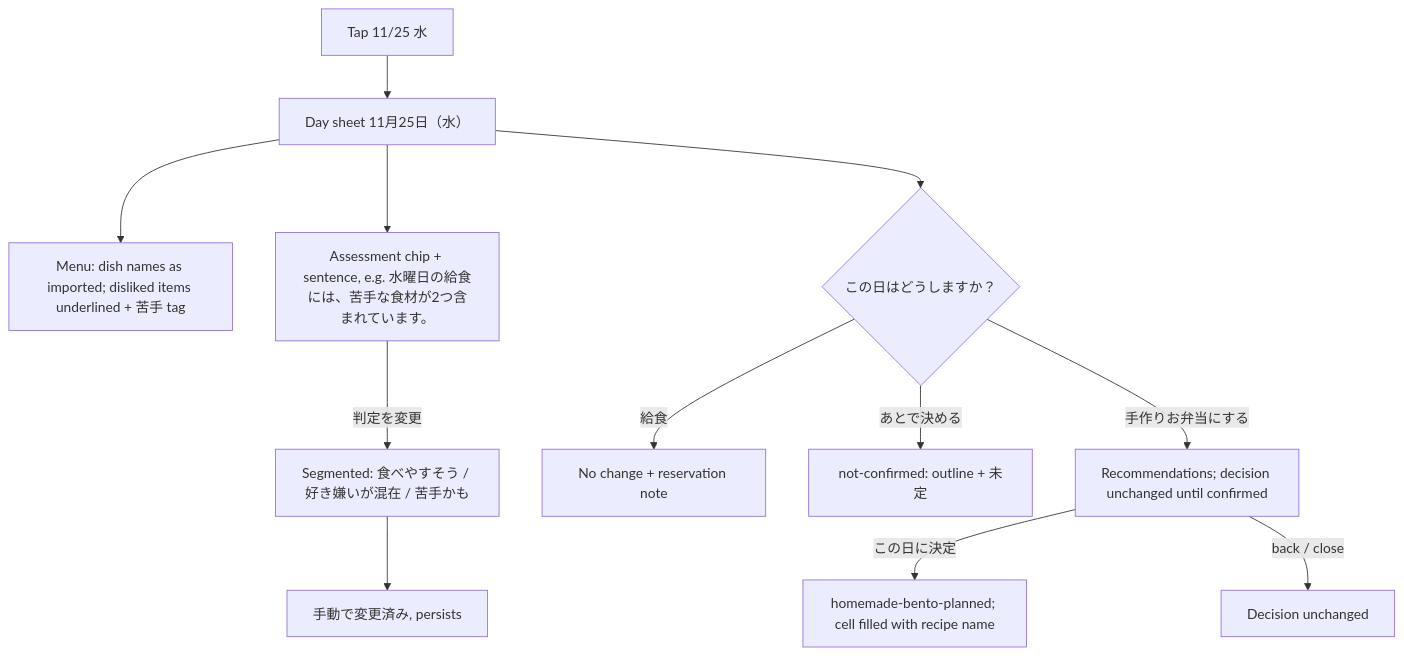
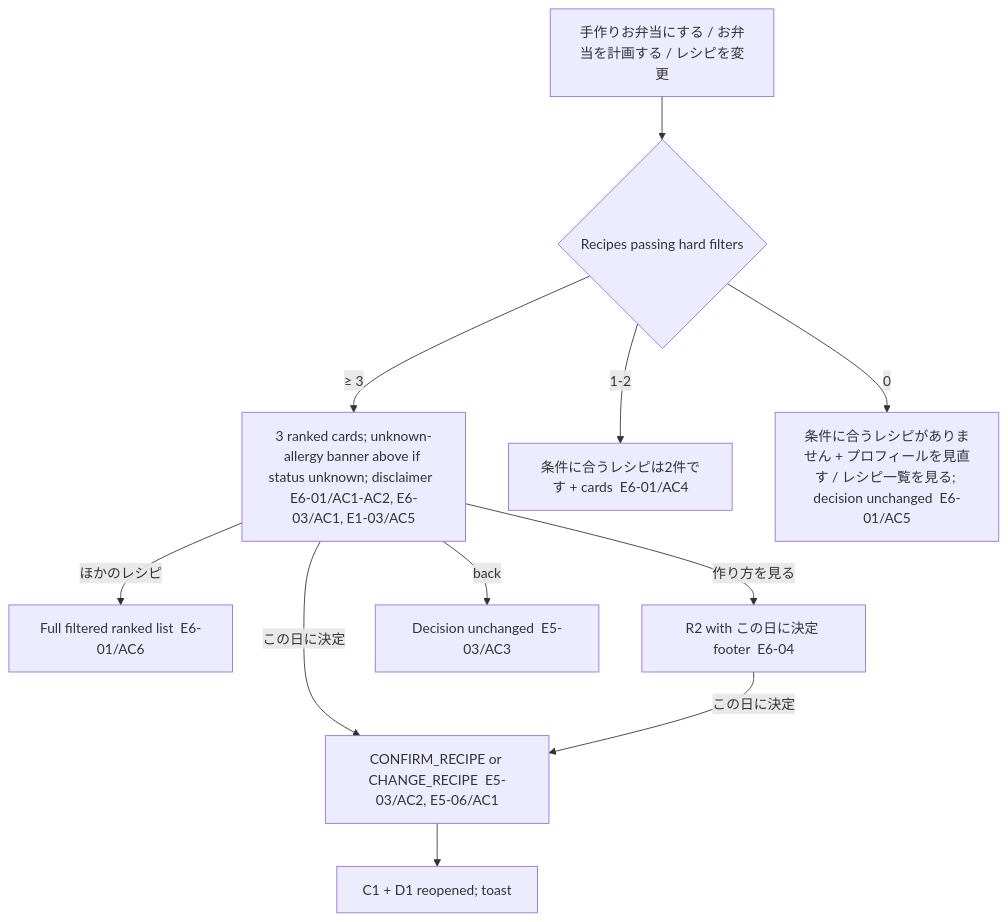
Before and after one commit to MrDrah/BentoMinder: the sixth of 6 diagrams in design/flows.md, drawn with Mermaid. The commit also changed other lines of this file and 74 other files, not shown here.

````diff
--- a/design/flows.md
+++ b/design/flows.md
@@ -91,13 +297,13 @@
 ```mermaid
 flowchart TD
-  C1[Tap 11/25 水] --> D1[Day sheet 11月25日（水）]
-  D1 --> M[Menu: dish names as imported; disliked items underlined + 苦手 tag]
-  D1 --> X[Assessment chip + sentence, e.g. 水曜日の給食には、苦手な食材が2つ含まれています。]
-  X -->|判定を変更| O[Segmented: 食べやすそう / 好き嫌いが混在 / 苦手かも] --> X2[手動で変更済み, persists]
-  D1 --> Dec{この日はどうしますか？}
-  Dec -- 給食 --> Stay[No change + reservation note]
-  Dec -- あとで決める --> NC[not-confirmed: outline + 未定]
-  Dec -- 手作りお弁当にする --> R1[Recommendations; decision unchanged until confirmed]
-  R1 -->|この日に決定| P[homemade-bento-planned; cell filled with recipe name]
-  R1 -->|back / close| D1u[Decision unchanged]
+  D1[手作りお弁当にする / お弁当を計画する / レシピを変更] --> R1{Recipes passing hard filters}
+  R1 -- ≥ 3 --> R3[3 ranked cards; unknown-allergy banner above if status unknown; disclaimer  E6-01/AC1-AC2, E6-03/AC1, E1-03/AC5]
+  R1 -- 1-2 --> R2[条件に合うレシピは2件です + cards  E6-01/AC4]
+  R1 -- 0 --> R0[条件に合うレシピがありません + プロフィールを見直す / レシピ一覧を見る; decision unchanged  E6-01/AC5]
+  R3 -->|ほかのレシピ| More[Full filtered ranked list  E6-01/AC6]
+  R3 -->|作り方を見る| RD[R2 with この日に決定 footer  E6-04]
+  R3 -->|この日に決定| W[CONFIRM_RECIPE or CHANGE_RECIPE  E5-03/AC2, E5-06/AC1]
+  RD -->|この日に決定| W
+  W --> C1[C1 + D1 reopened; toast]
+  R3 -->|back| C1u[Decision unchanged  E5-03/AC3]
 ```
````
